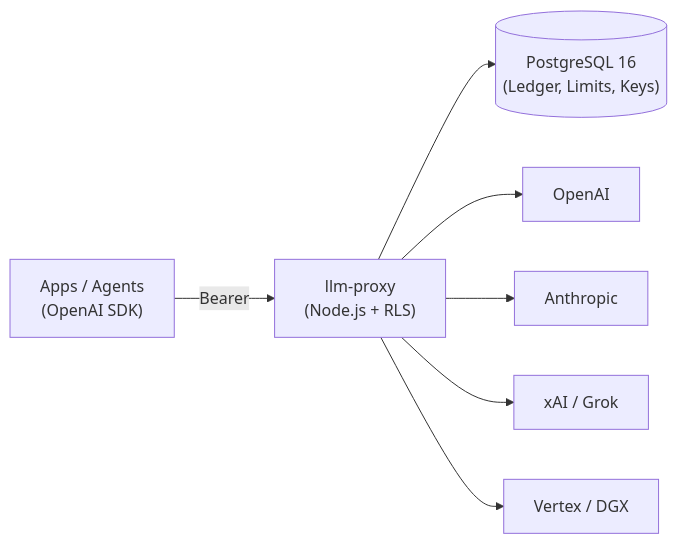
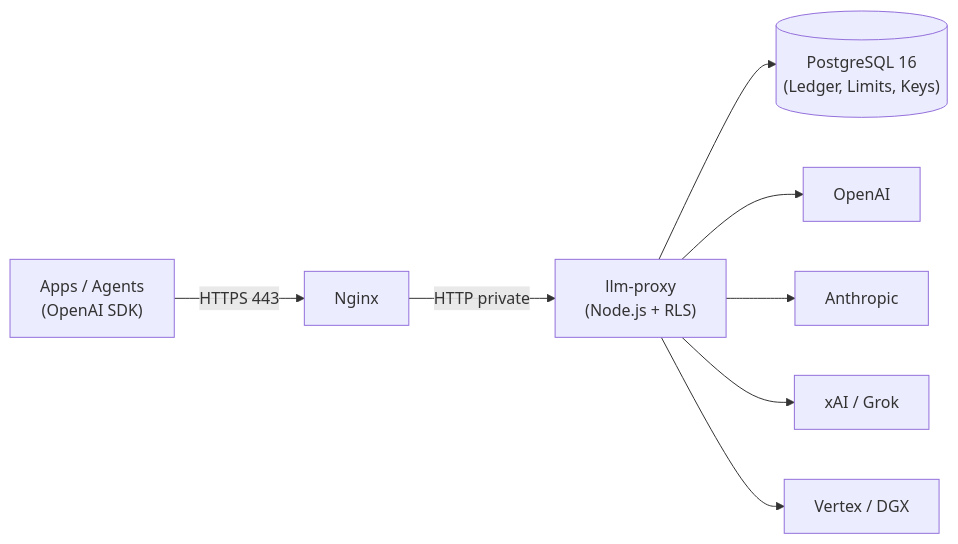
The diagram in README.md (niranta-life/llm-proxy), drawn with Mermaid before and after one commit. The commit also changed other lines of this file and 41 other files, not shown here.

First line of the commit message:
Put Nginx in front of the Node.js proxy.

````diff
--- a/README.md
+++ b/README.md
@@ -32,9 +32,10 @@
 ```mermaid
 flowchart LR
-    A["Apps / Agents<br/>(OpenAI SDK)"] -->|"Bearer <tenant-secret>"| B["llm-proxy<br/>(Node.js + RLS)"]
+    A["Apps / Agents<br/>(OpenAI SDK)"] -->|"HTTPS 443"| N["Nginx"]
+    N -->|"HTTP private"| B["llm-proxy<br/>(Node.js + RLS)"]
     B --> C[("PostgreSQL 16<br/>(Ledger, Limits, Keys)")]
     B --> D["OpenAI"]
     B --> E["Anthropic"]
     B --> F["xAI / Grok"]
     B --> G["Vertex / DGX"]
 ```
````
